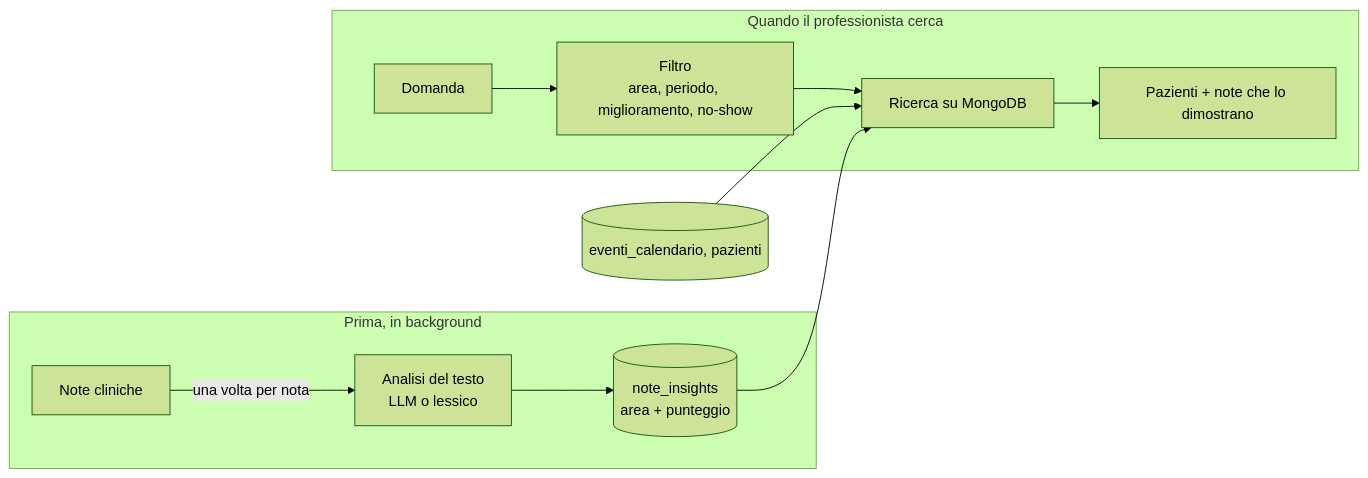
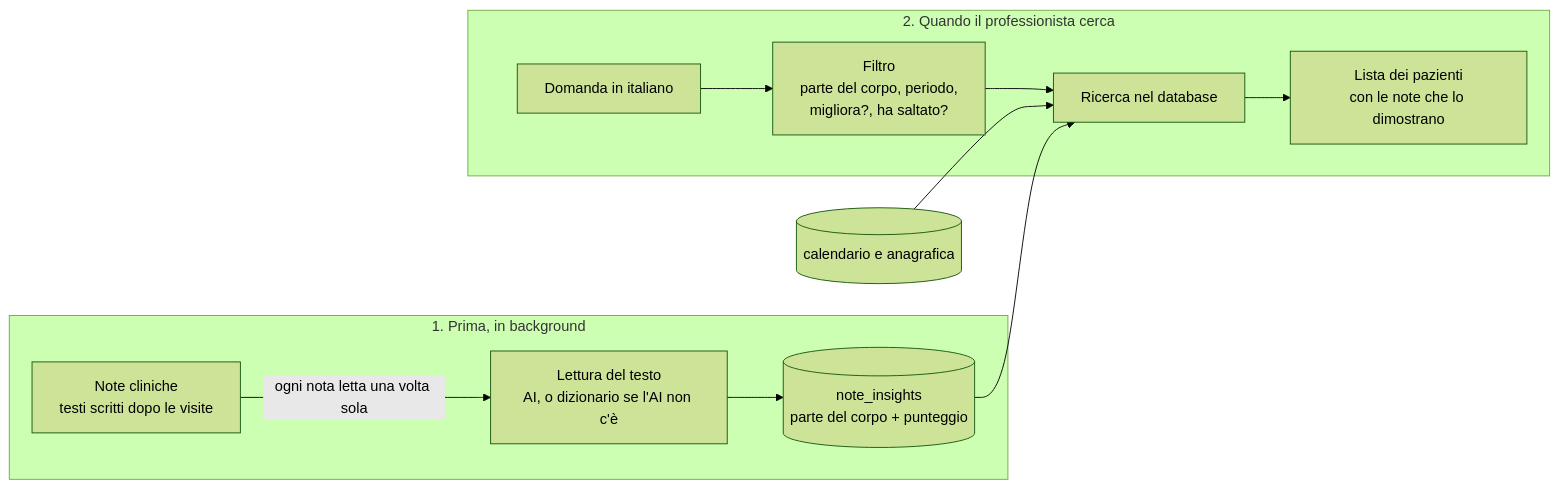
The diagram in README.md (simplayy/fisiodesk-ai-healthcare-assignment), drawn with Mermaid (forest theme) before and after one commit. The commit also changed other lines of this file and 1 other file, not shown here.

Commit message:
Rewrite the README for a non-technical reader, add a screenshot

````diff
--- a/README.md
+++ b/README.md
@@ -54,11 +72,11 @@
 ```mermaid
 flowchart LR
-    subgraph prima [Prima, in background]
-        N[Note cliniche] -->|"una volta per nota"| A[Analisi del testo<br/>LLM o lessico] --> I[(note_insights<br/>area + punteggio)]
+    subgraph prima [1. Prima, in background]
+        N[Note cliniche<br/>testi scritti dopo le visite] -->|"ogni nota letta una volta sola"| A[Lettura del testo<br/>AI, o dizionario se l'AI non c'è] --> I[(note_insights<br/>parte del corpo + punteggio)]
     end
-    subgraph dopo [Quando il professionista cerca]
-        D[Domanda] --> F[Filtro<br/>area, periodo, miglioramento, no-show] --> R[Ricerca su MongoDB] --> P[Pazienti + note che lo dimostrano]
+    subgraph dopo [2. Quando il professionista cerca]
+        D[Domanda in italiano] --> F[Filtro<br/>parte del corpo, periodo,<br/>migliora?, ha saltato?] --> R[Ricerca nel database] --> P[Lista dei pazienti<br/>con le note che lo dimostrano]
     end
     I --> R
-    C[(eventi_calendario, pazienti)] --> R
+    C[(calendario e anagrafica)] --> R
 ```
````
